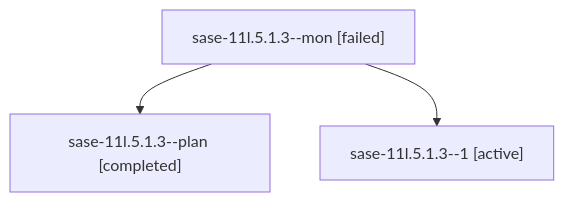
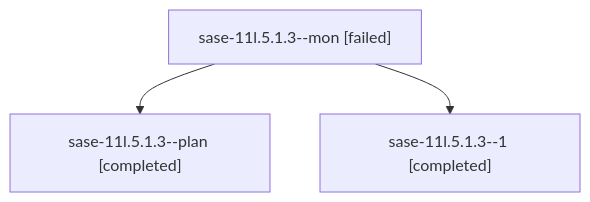
Before and after one commit to sase-org/sase--agents: the diagram in families/bbugyi200.athena.sase-11l.5.1.3.md, drawn with Mermaid. The commit also changed other lines of this file and 61 other files, not shown here.

````diff
--- a/families/bbugyi200.athena.sase-11l.5.1.3.md
+++ b/families/bbugyi200.athena.sase-11l.5.1.3.md
@@ -9,8 +9,8 @@
 ```mermaid
 flowchart TD
   n0["sase-11l.5.1.3--mon [failed]"]
   n1["sase-11l.5.1.3--plan [completed]"]
   n0 --> n1
-  n2["sase-11l.5.1.3--1 [active]"]
+  n2["sase-11l.5.1.3--1 [completed]"]
   n0 --> n2
 ```
````
